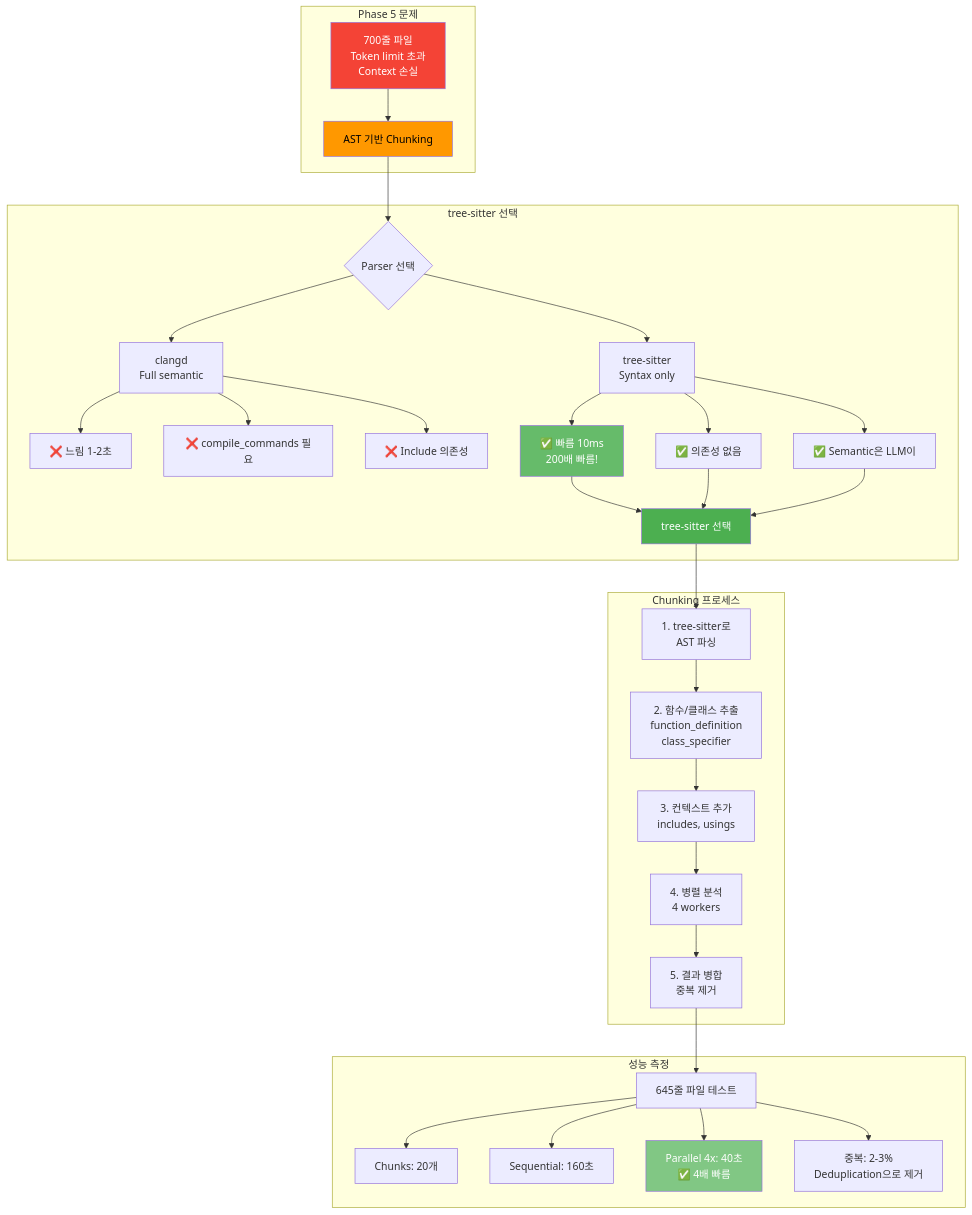
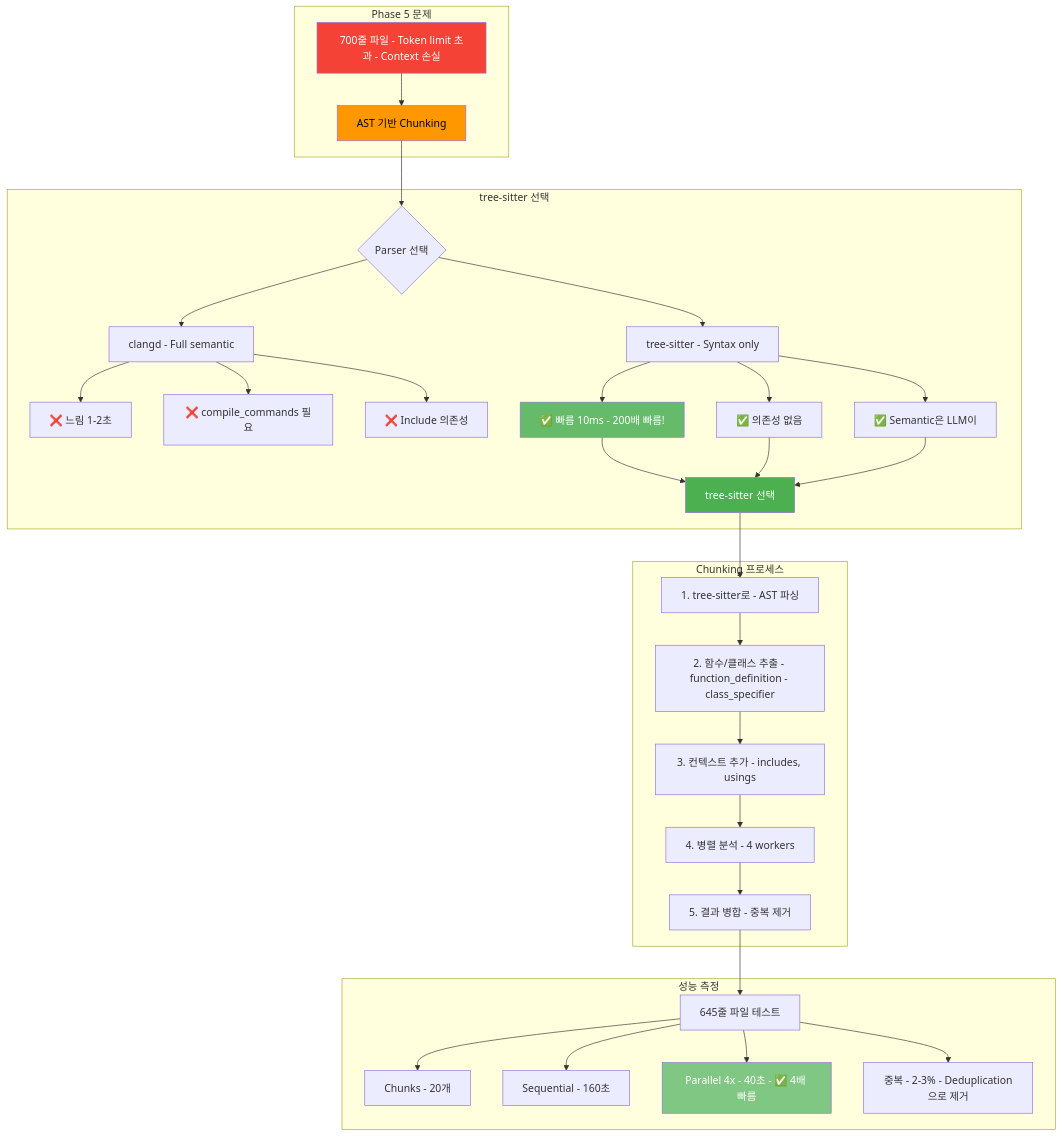
Before and after one commit to ApeachM/llm-code-reviewer: diagram 19 of 39 in PRESENTATION.md, drawn with Mermaid. The commit also changed other lines of this file, not shown here.

First line of the commit message:
fix: Replace special characters in Mermaid node labels for compatibility

````diff
--- a/PRESENTATION.md
+++ b/PRESENTATION.md
@@ -952,49 +953,49 @@
 ```mermaid
 graph TB
     subgraph "Phase 5 문제"
-        Problem[700줄 파일<br/>Token limit 초과<br/>Context 손실]
+        Problem[700줄 파일 - Token limit 초과 - Context 손실]
         Problem --> Solution[AST 기반 Chunking]
     end
 
     subgraph "tree-sitter 선택"
         Solution --> Compare{Parser 선택}
 
-        Compare --> Option1[clangd<br/>Full semantic]
-        Compare --> Option2[tree-sitter<br/>Syntax only]
+        Compare --> Option1[clangd - Full semantic]
+        Compare --> Option2[tree-sitter - Syntax only]
 
         Option1 --> Clang1[❌ 느림 1-2초]
         Option1 --> Clang2[❌ compile_commands 필요]
         Option1 --> Clang3[❌ Include 의존성]
 
-        Option2 --> TS1[✅ 빠름 10ms<br/>200배 빠름!]
+        Option2 --> TS1[✅ 빠름 10ms - 200배 빠름!]
         Option2 --> TS2[✅ 의존성 없음]
         Option2 --> TS3[✅ Semantic은 LLM이]
 
         TS1 --> Choice[tree-sitter 선택]
         TS2 --> Choice
         TS3 --> Choice
     end
 
     subgraph "Chunking 프로세스"
-        Choice --> Step1[1. tree-sitter로<br/>AST 파싱]
-        Step1 --> Step2[2. 함수/클래스 추출<br/>function_definition<br/>class_specifier]
-        Step2 --> Step3[3. 컨텍스트 추가<br/>includes, usings]
-        Step3 --> Step4[4. 병렬 분석<br/>4 workers]
-        Step4 --> Step5[5. 결과 병합<br/>중복 제거]
+        Choice --> Step1[1. tree-sitter로 - AST 파싱]
+        Step1 --> Step2[2. 함수/클래스 추출 - function_definition - class_specifier]
+        Step2 --> Step3[3. 컨텍스트 추가 - includes, usings]
+        Step3 --> Step4[4. 병렬 분석 - 4 workers]
+        Step4 --> Step5[5. 결과 병합 - 중복 제거]
     end
 
     subgraph "성능 측정"
         Step5 --> Perf[645줄 파일 테스트]
 
-        Perf --> P1[Chunks: 20개]
-        Perf --> P2[Sequential: 160초]
-        Perf --> P3[Parallel 4x: 40초<br/>✅ 4배 빠름]
-        Perf --> P4[중복: 2-3%<br/>Deduplication으로 제거]
+        Perf --> P1[Chunks - 20개]
+        Perf --> P2[Sequential - 160초]
+        Perf --> P3[Parallel 4x - 40초 - ✅ 4배 빠름]
+        Perf --> P4[중복 - 2-3% - Deduplication으로 제거]
     end
 
     style Problem fill:#f44336,color:#fff
     style Solution fill:#ff9800,color:#000
     style Choice fill:#4caf50,color:#fff
     style TS1 fill:#66bb6a,color:#fff
     style P3 fill:#81c784,color:#fff
 ```
````
